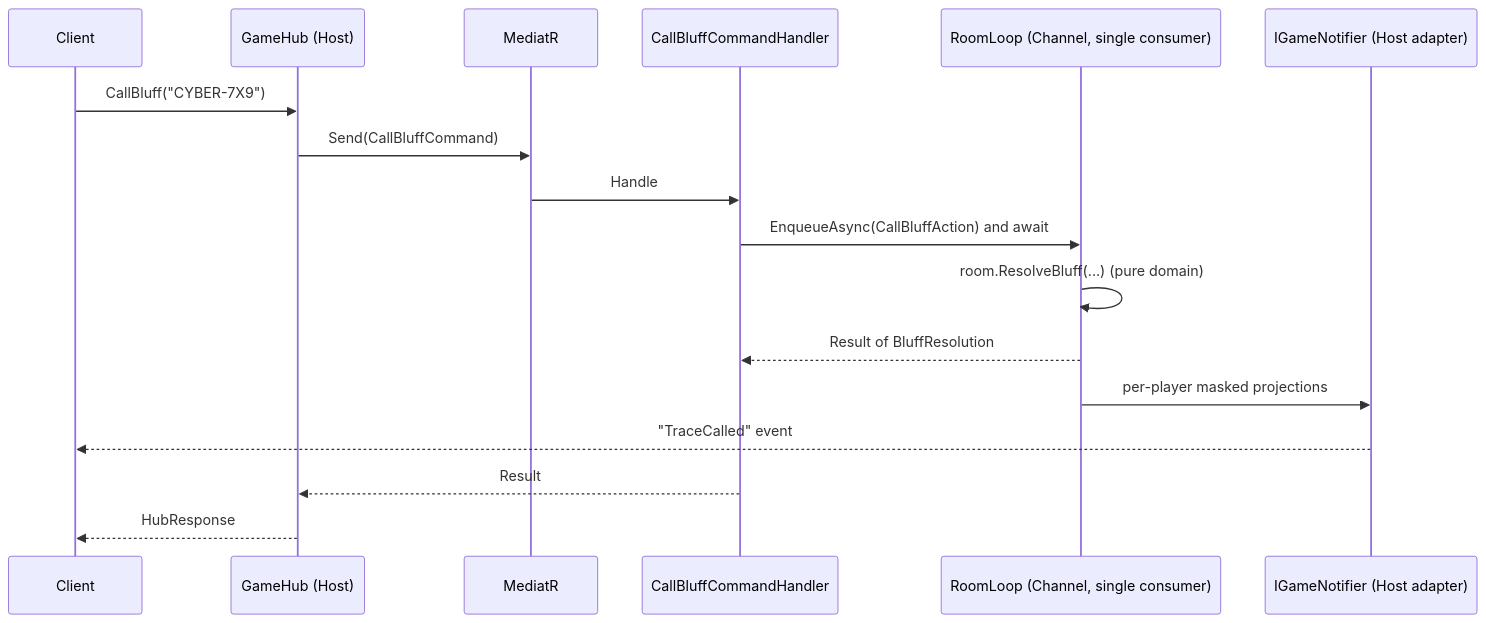
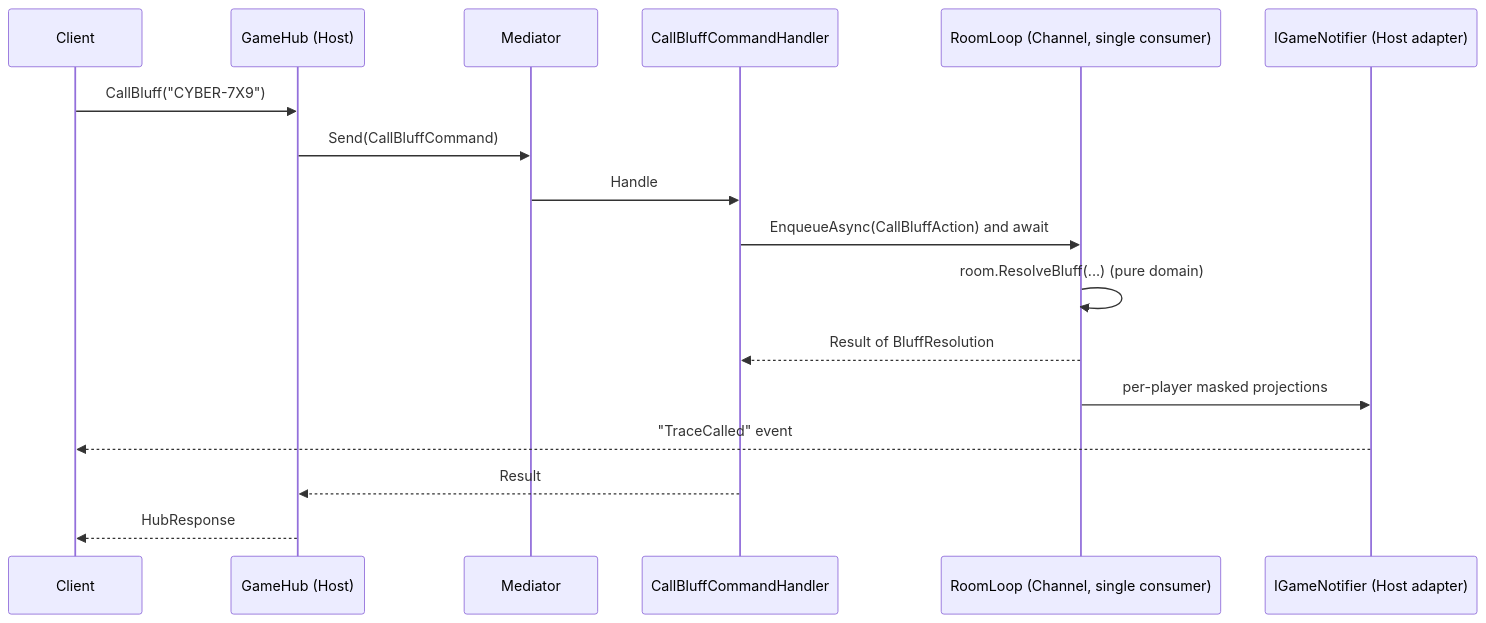
Before and after one commit to MateuszBrankiewicz/Overclock: the diagram in docs/architecture/backend-guidelines.md, drawn with Mermaid. The commit also changed other lines of this file and 5 other files, not shown here.

````diff
--- a/docs/architecture/backend-guidelines.md
+++ b/docs/architecture/backend-guidelines.md
@@ -63,19 +65,19 @@
 ```mermaid
 sequenceDiagram
     participant C as Client
     participant H as GameHub (Host)
-    participant M as MediatR
+    participant M as Mediator
     participant HD as CallBluffCommandHandler
     participant R as RoomLoop (Channel, single consumer)
     participant N as IGameNotifier (Host adapter)
     C->>H: CallBluff("CYBER-7X9")
     H->>M: Send(CallBluffCommand)
     M->>HD: Handle
     HD->>R: EnqueueAsync(CallBluffAction) and await
     R->>R: room.ResolveBluff(...) (pure domain)
     R-->>HD: Result of BluffResolution
     R->>N: per-player masked projections
     N-->>C: "TraceCalled" event
     HD-->>H: Result
     H-->>C: HubResponse
 ```
````
